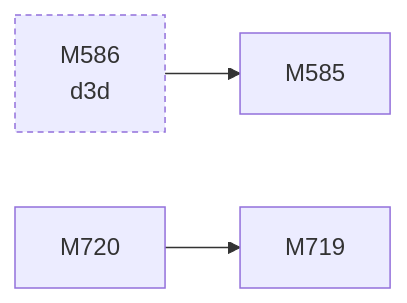
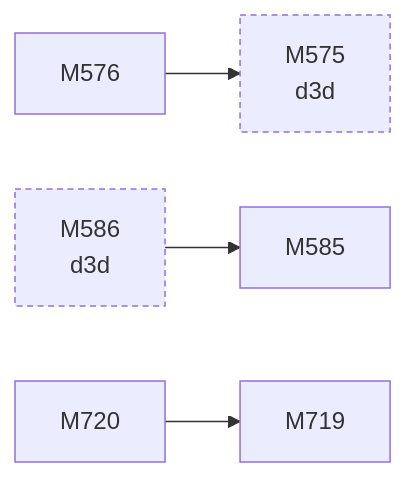
The third of 3 diagrams in docs/facts/graphs/display.md (D-Ogi/amdgpu-wddm), drawn with Mermaid before and after one commit. The commit also changed other lines of this file and 73 other files, not shown here.

````diff
--- a/docs/facts/graphs/display.md
+++ b/docs/facts/graphs/display.md
@@ -153,11 +152,14 @@
 ```mermaid
 flowchart LR
+  M575["M575<br/>d3d"]
+  M576["M576"]
   M585["M585"]
   M586["M586<br/>d3d"]
   M719["M719"]
   M720["M720"]
+  M576 --> M575
   M720 --> M719
   M586 --> M585
   classDef other stroke-dasharray:4 3
-  class M586 other
+  class M575,M586 other
 ```
````
